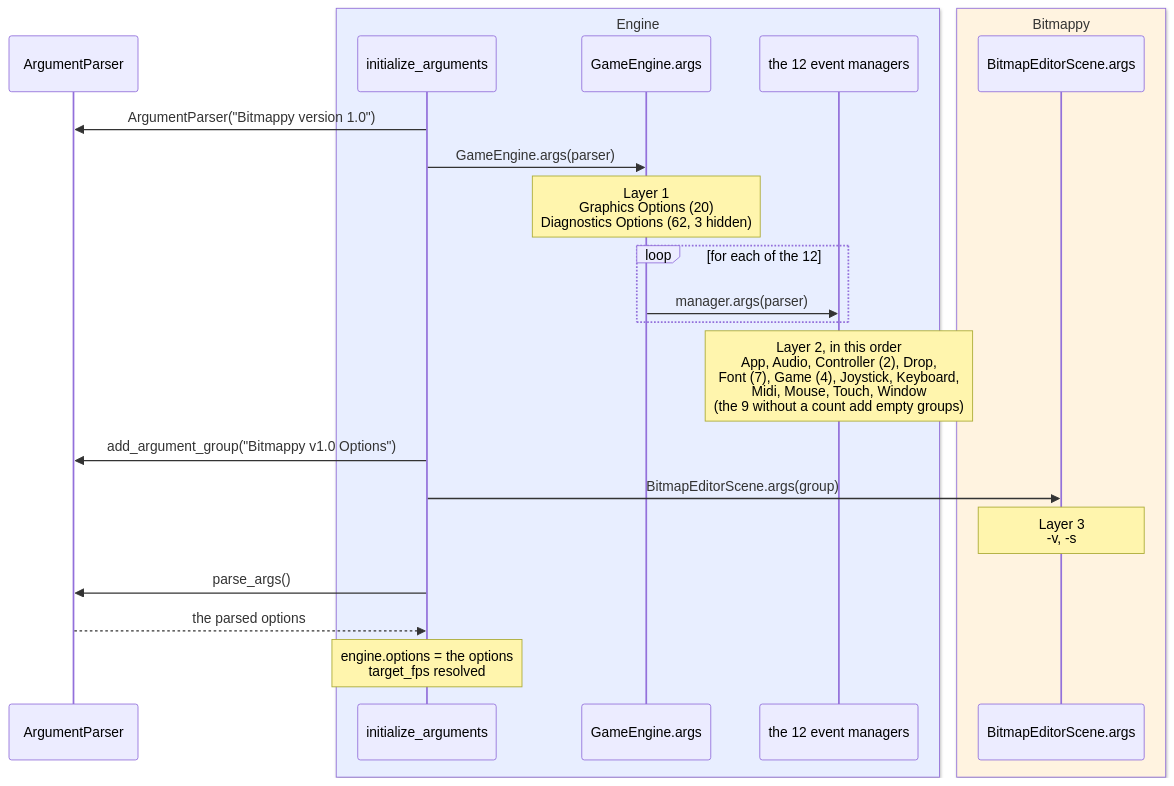
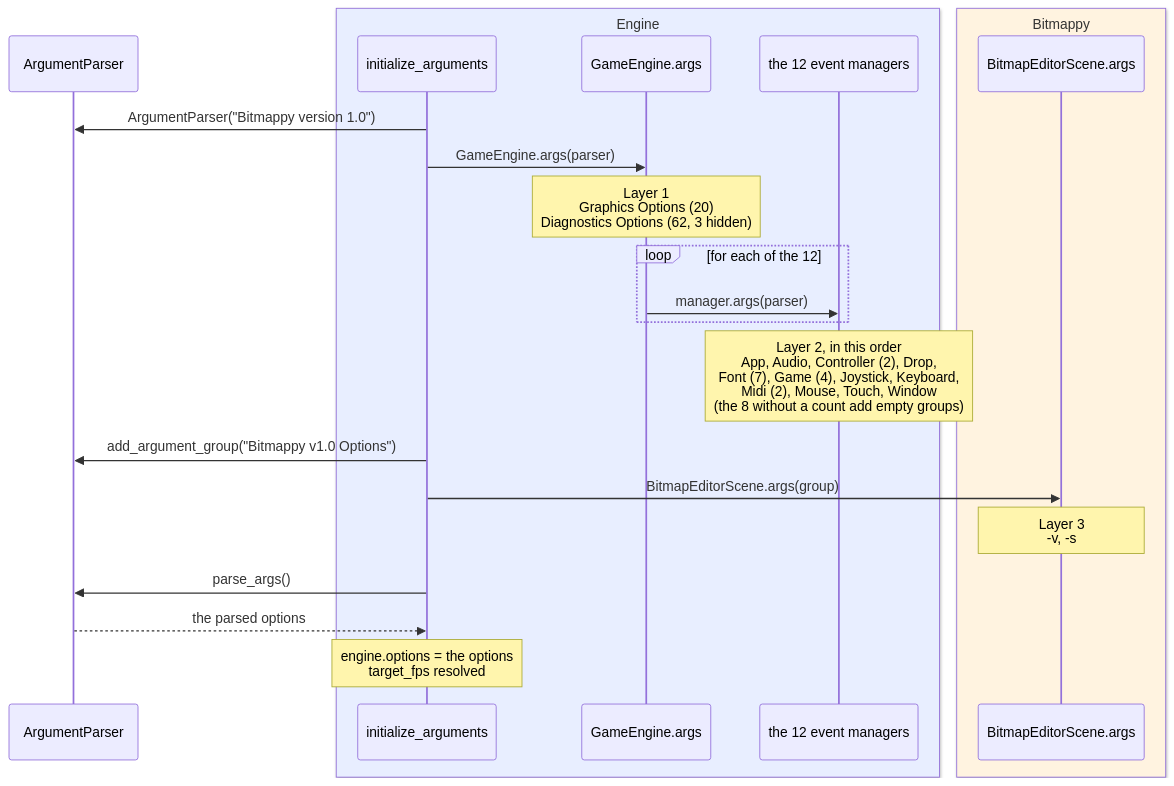
Before and after one commit to terrysimons/glitchygames: the first of 4 diagrams in docs/architecture/argument_system.md, drawn with Mermaid. The commit also changed other lines of this file and 38 other files, not shown here.

````diff
--- a/docs/architecture/argument_system.md
+++ b/docs/architecture/argument_system.md
@@ -14,26 +14,26 @@
 ```mermaid
 sequenceDiagram
     participant PARSER as ArgumentParser
     box rgb(232,238,255) Engine
     participant INIT as initialize_arguments
     participant ENGINE as GameEngine.args
     participant MANAGERS as the 12 event managers
     end
     box rgb(255,243,224) Bitmappy
     participant GAME as BitmapEditorScene.args
     end
 
     INIT->>PARSER: ArgumentParser("Bitmappy version 1.0")
     INIT->>ENGINE: GameEngine.args(parser)
     Note over ENGINE: Layer 1<br/>Graphics Options (20)<br/>Diagnostics Options (62, 3 hidden)
     loop for each of the 12
         ENGINE->>MANAGERS: manager.args(parser)
     end
-    Note over MANAGERS: Layer 2, in this order<br/>App, Audio, Controller (2), Drop,<br/>Font (7), Game (4), Joystick, Keyboard,<br/>Midi, Mouse, Touch, Window<br/>(the 9 without a count add empty groups)
+    Note over MANAGERS: Layer 2, in this order<br/>App, Audio, Controller (2), Drop,<br/>Font (7), Game (4), Joystick, Keyboard,<br/>Midi (2), Mouse, Touch, Window<br/>(the 8 without a count add empty groups)
     INIT->>PARSER: add_argument_group("Bitmappy v1.0 Options")
     INIT->>GAME: BitmapEditorScene.args(group)
     Note over GAME: Layer 3<br/>-v, -s
     INIT->>PARSER: parse_args()
     PARSER-->>INIT: the parsed options
     Note over INIT: engine.options = the options<br/>target_fps resolved
 ```
````
